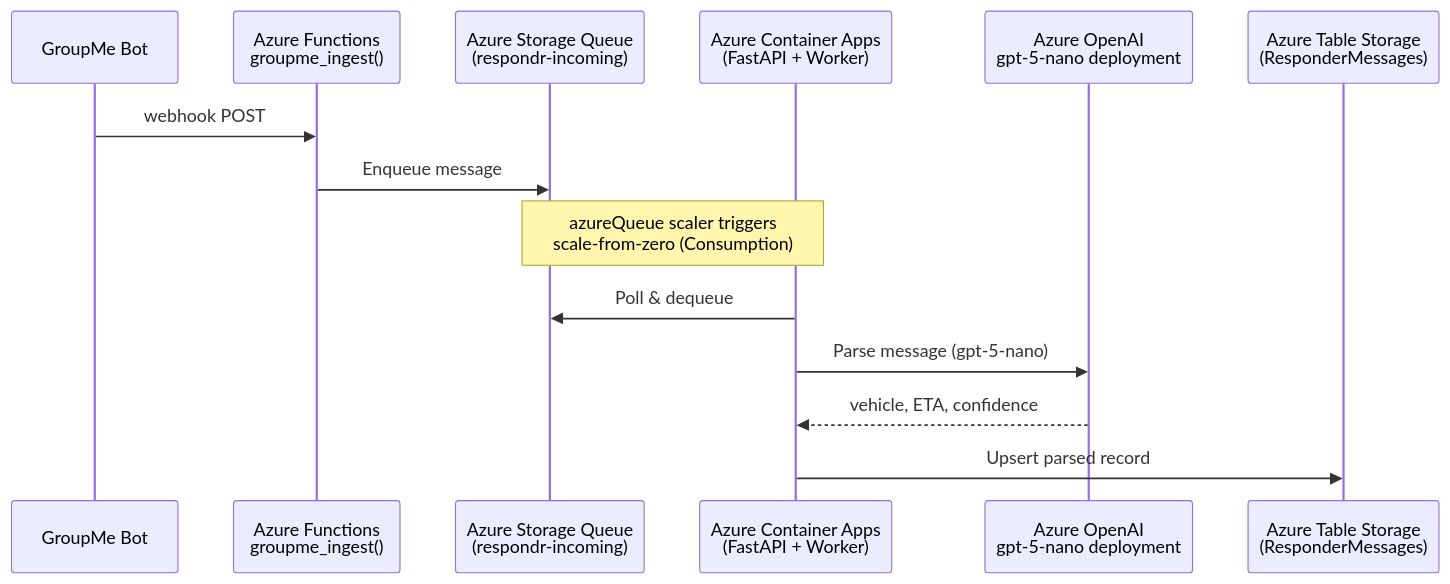
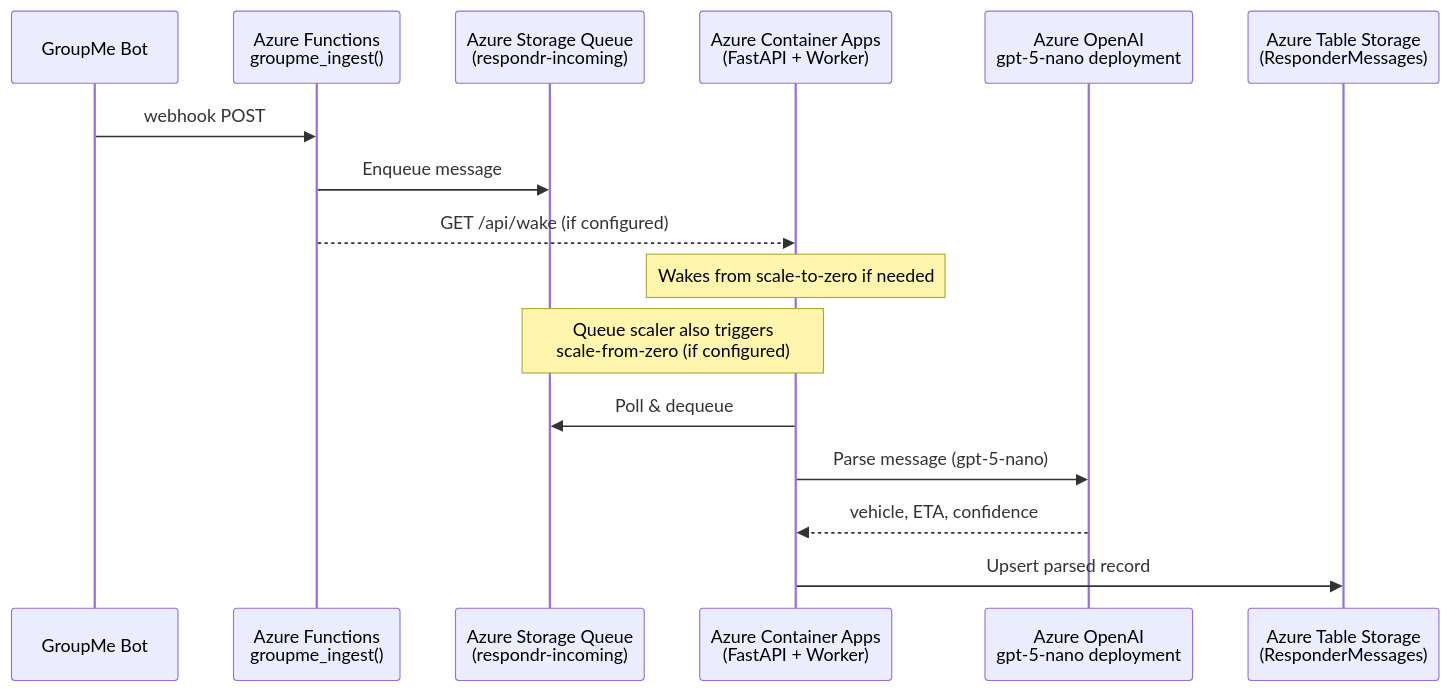
One commit to scvsar/respondr-lite changed the second of 3 diagrams in README.md. Above: the diagram before and after it, drawn with Mermaid. The commit also changed other lines of this file and 16 other files, not shown here.

````diff
--- a/README.md
+++ b/README.md
@@ -62,17 +63,19 @@
 ```mermaid
 sequenceDiagram
   participant GM as GroupMe Bot
   participant AF as Azure Functions<br/>groupme_ingest()
   participant Q as Azure Storage Queue<br/>(respondr-incoming)
   participant ACA as Azure Container Apps<br/>(FastAPI + Worker)
   participant AOAI as Azure OpenAI<br/>gpt-5-nano deployment
   participant TS as Azure Table Storage<br/>(ResponderMessages)
 
   GM->>AF: webhook POST
   AF->>Q: Enqueue message
-  Note over Q,ACA: azureQueue scaler triggers<br/>scale-from-zero (Consumption)
+  AF-->>ACA: GET /api/wake (if configured)
+  Note over ACA: Wakes from scale-to-zero if needed
+  Note over Q,ACA: Queue scaler also triggers<br/>scale-from-zero (if configured)
   ACA->>Q: Poll & dequeue
   ACA->>AOAI: Parse message (gpt-5-nano)
   AOAI-->>ACA: vehicle, ETA, confidence
   ACA->>TS: Upsert parsed record
 ```
````
